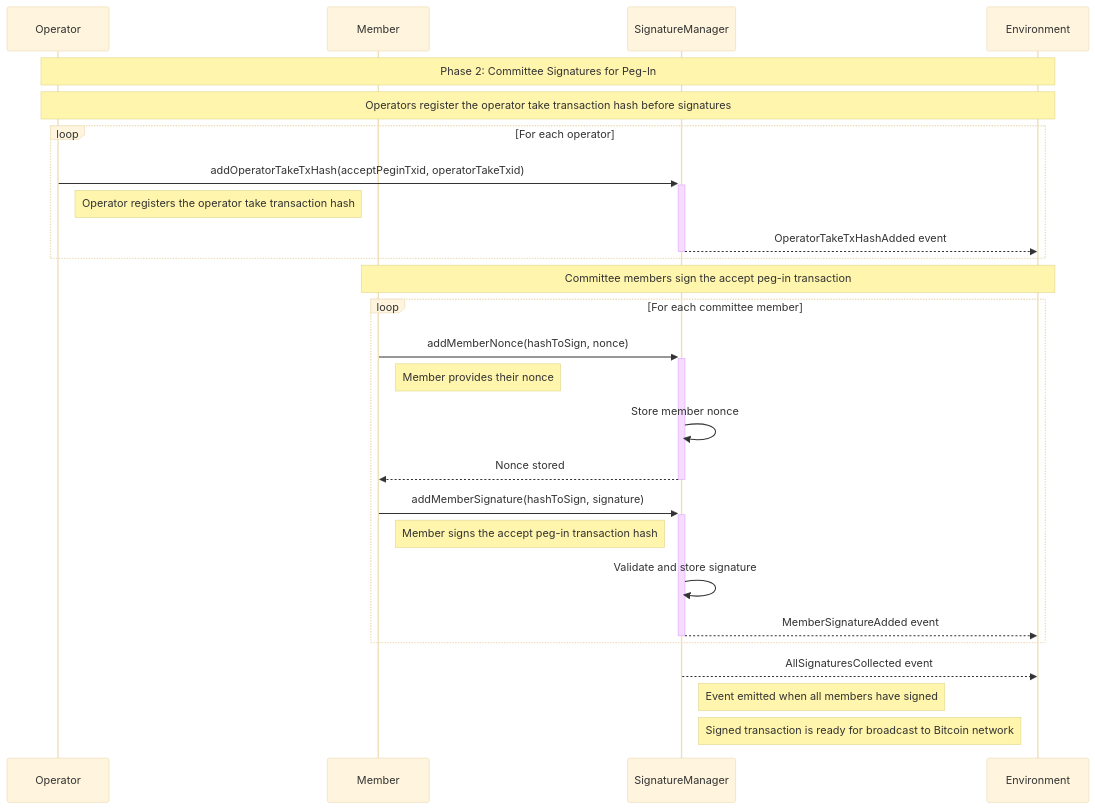
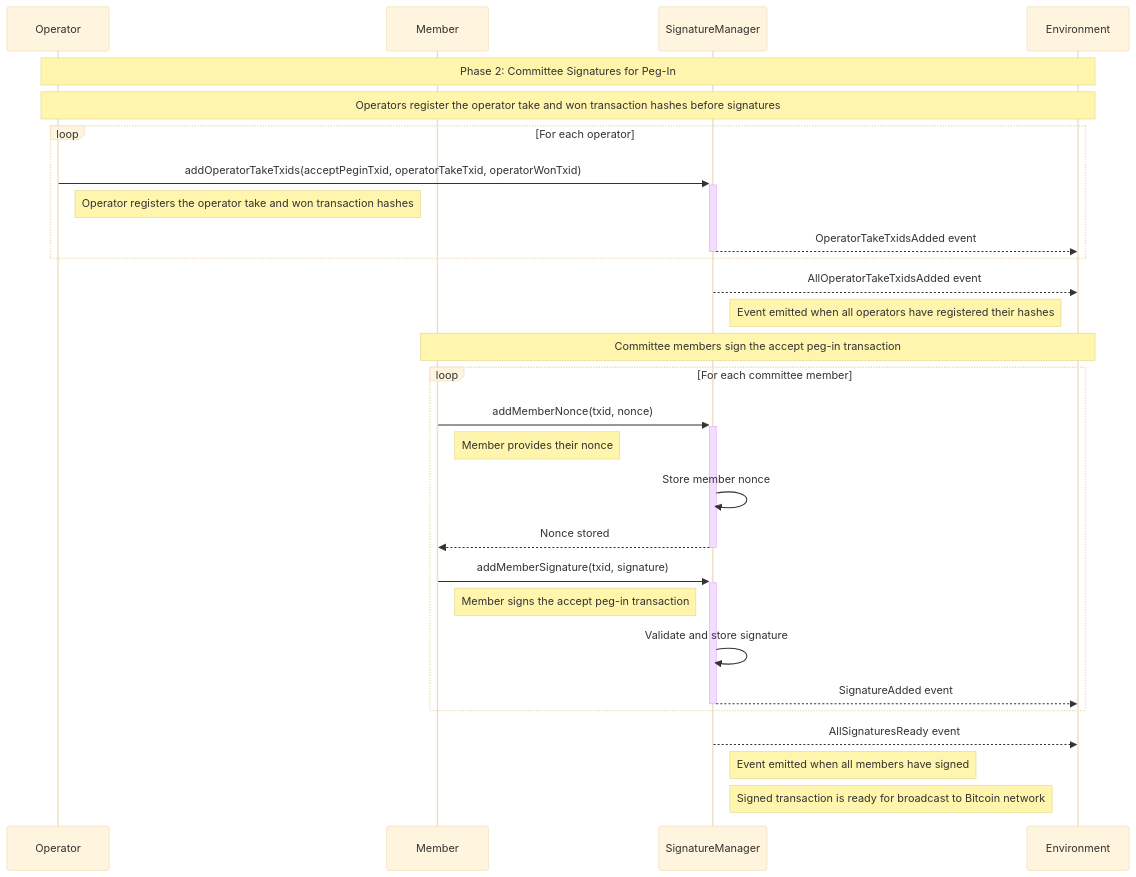
One commit to rsksmart/union-bridge-contracts changed the sixth of 12 diagrams in README.md. Above: the diagram before and after it, drawn with Mermaid (base theme). The commit also changed other lines of this file and 2 other files, not shown here.

````diff
--- a/README.md
+++ b/README.md
@@ -549,33 +552,36 @@
 ```mermaid
 sequenceDiagram
     participant O as Operator
     participant M as Member
     participant SM as SignatureManager
     participant ENV as Environment
 
     Note over O,ENV: Phase 2: Committee Signatures for Peg-In
-    Note over O,ENV: Operators register the operator take transaction hash before signatures
+    Note over O,ENV: Operators register the operator take and won transaction hashes before signatures
 
     loop For each operator
-        O->>+SM: addOperatorTakeTxHash(acceptPeginTxid, operatorTakeTxid)
-        Note right of O: Operator registers the operator take transaction hash
-        SM-->>-ENV: OperatorTakeTxHashAdded event
+        O->>+SM: addOperatorTakeTxids(acceptPeginTxid, operatorTakeTxid, operatorWonTxid)
+        Note right of O: Operator registers the operator take and won transaction hashes
+        SM-->>-ENV: OperatorTakeTxidsAdded event
     end
+
+    SM-->>ENV: AllOperatorTakeTxidsAdded event
+    Note right of SM: Event emitted when all operators have registered their hashes
 
     Note over M,ENV: Committee members sign the accept peg-in transaction
 
     loop For each committee member
-        M->>+SM: addMemberNonce(hashToSign, nonce)
+        M->>+SM: addMemberNonce(txid, nonce)
         Note right of M: Member provides their nonce
         SM->>SM: Store member nonce
         SM-->>-M: Nonce stored
-        M->>+SM: addMemberSignature(hashToSign, signature)
-        Note right of M: Member signs the accept peg-in transaction hash
+        M->>+SM: addMemberSignature(txid, signature)
+        Note right of M: Member signs the accept peg-in transaction
         SM->>SM: Validate and store signature
-        SM-->>-ENV: MemberSignatureAdded event
+        SM-->>-ENV: SignatureAdded event
     end
 
-    SM-->>ENV: AllSignaturesCollected event
+    SM-->>ENV: AllSignaturesReady event
     Note right of SM: Event emitted when all members have signed
     Note right of SM: Signed transaction is ready for broadcast to Bitcoin network
 ```
````
